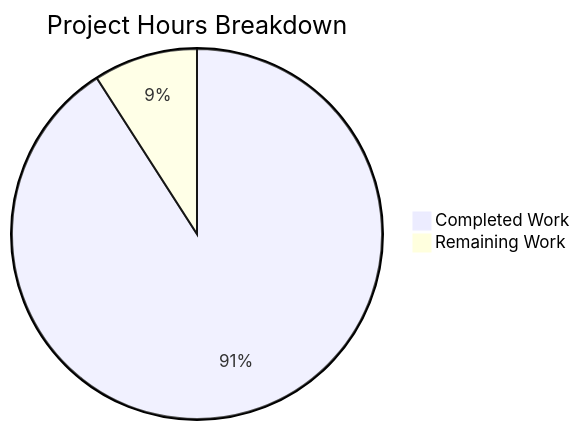
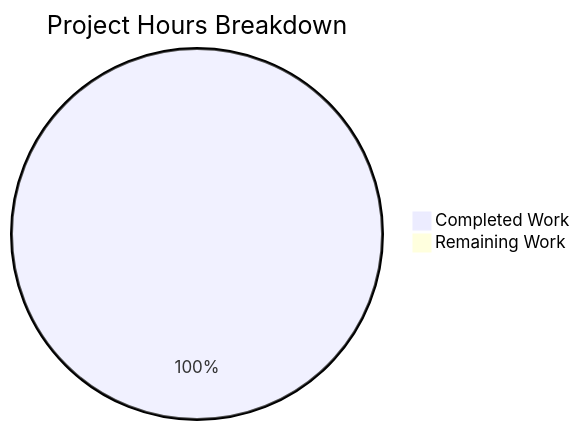
Before and after one commit to bitto-blitzy/GitPracticeRepo: the diagram in blitzy/documentation/Project Guide.md, drawn with Mermaid. The commit also changed other lines of this file, not shown here.

Commit message:
Adding Blitzy Project Guide: Project Status and Human Tasks Remaining

````diff
--- a/blitzy/documentation/Project Guide.md
+++ b/blitzy/documentation/Project Guide.md
@@ -66,5 +64,5 @@
 ```mermaid
 pie title Project Hours Breakdown
-    "Completed Work" : 1
-    "Remaining Work" : 0.1
+    "Completed Work" : 0.5
+    "Remaining Work" : 0
 ```
````
